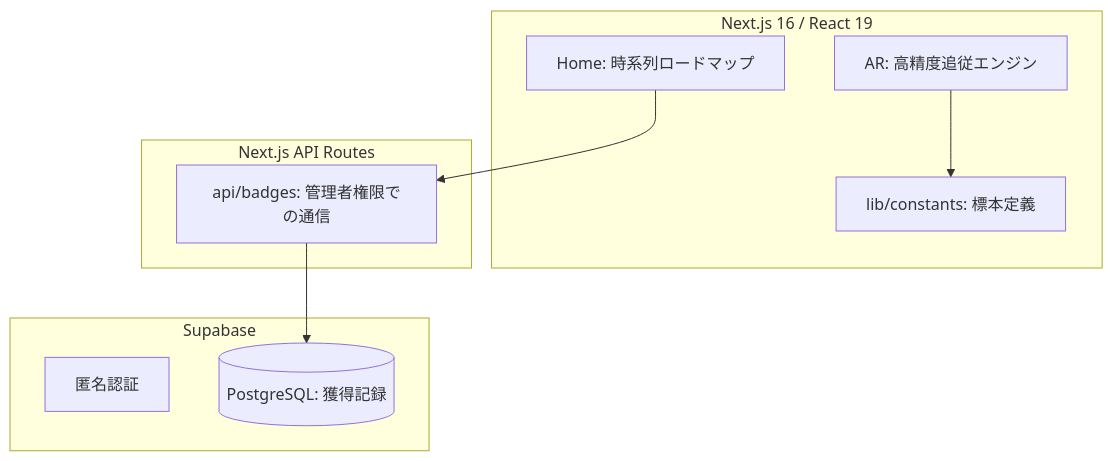
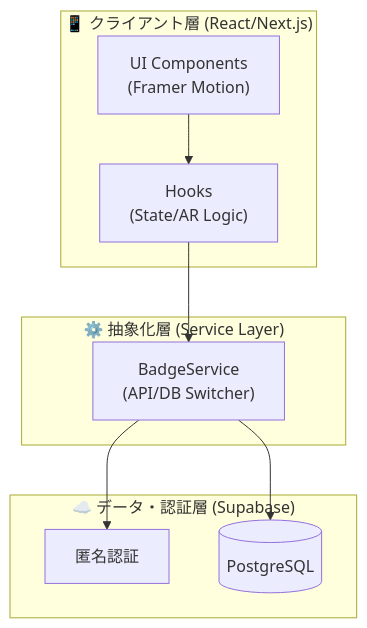
The diagram in docs/ARCHITECTURE.md (yuma25/ATD26), drawn with Mermaid before and after one commit. The commit also changed other lines of this file and 58 other files, not shown here.

````diff
--- a/docs/ARCHITECTURE.md
+++ b/docs/ARCHITECTURE.md
@@ -7,21 +11,21 @@
 ```mermaid
 graph TD
-    subgraph Frontend [Next.js 16 / React 19]
-        Home[Home: 時系列ロードマップ]
-        AR[AR: 高精度追従エンジン]
-        Constants[lib/constants: 標本定義]
+    subgraph Client ["📱 クライアント層 (React/Next.js)"]
+        UI["UI Components<br/>(Framer Motion)"]
+        Hooks["Hooks<br/>(State/AR Logic)"]
     end
 
-    subgraph API_Layer [Next.js API Routes]
-        BadgeAPI[api/badges: 管理者権限での通信]
+    subgraph Service ["⚙️ 抽象化層 (Service Layer)"]
+        BS["BadgeService<br/>(API/DB Switcher)"]
     end
 
-    subgraph Backend [Supabase]
-        Auth[匿名認証]
-        DB[(PostgreSQL: 獲得記録)]
+    subgraph Backend ["☁️ データ・認証層 (Supabase)"]
+        Auth["匿名認証"]
+        DB[("PostgreSQL")]
     end
 
-    Home --> BadgeAPI
-    AR --> Constants
-    BadgeAPI --> DB
+    UI --> Hooks
+    Hooks --> BS
+    BS --> Auth
+    BS --> DB
 ```
````
